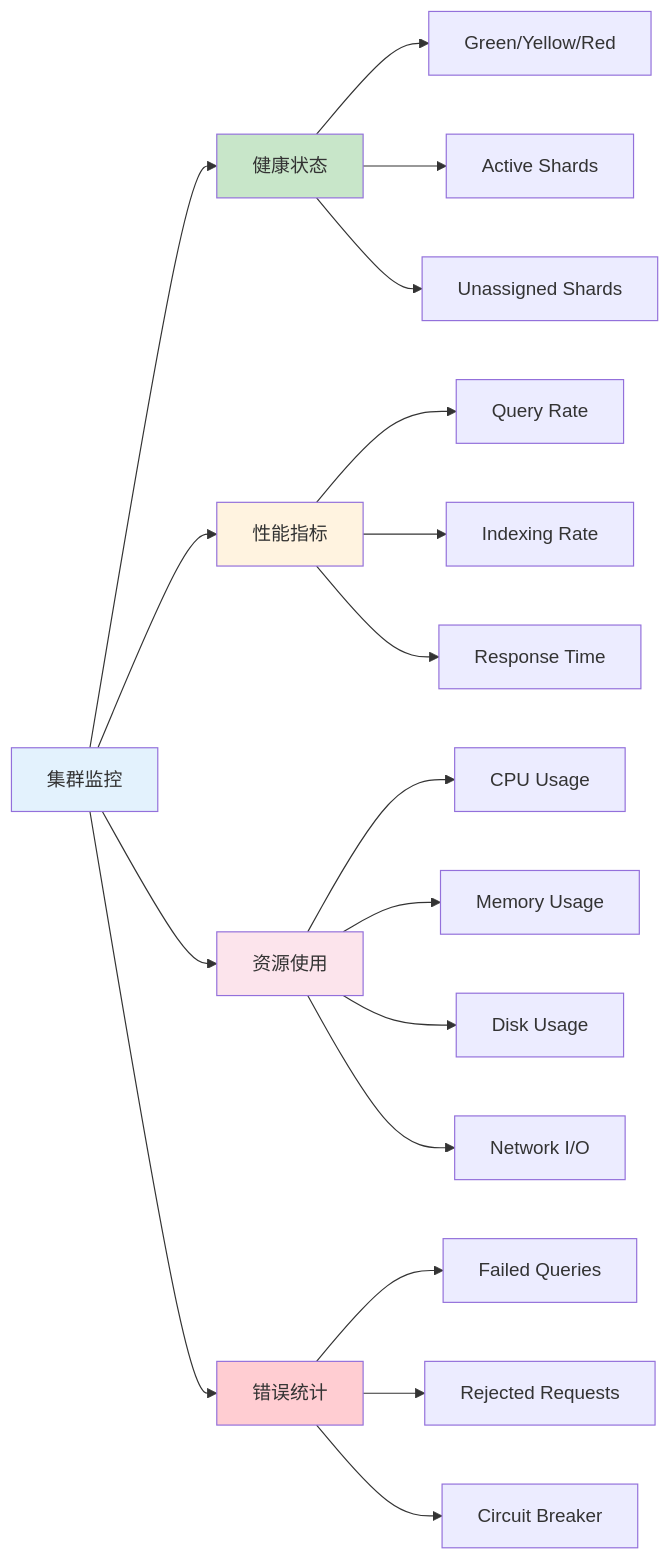
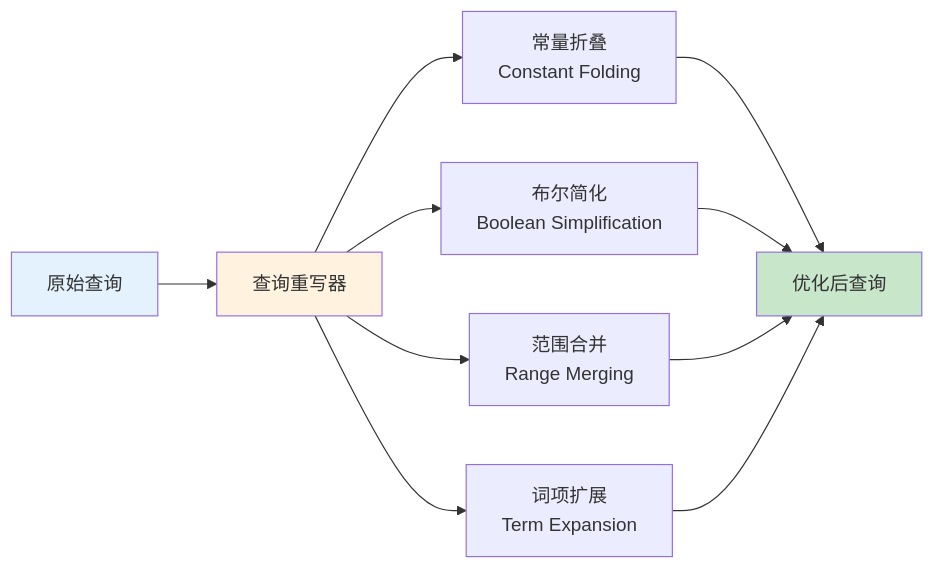
Before and after one commit to ralph-wren/TechStack-Handbook: the tenth of 30 diagrams in 32.elasticsearch.md, drawn with Mermaid. The commit also changed other lines of this file and 2 other files, not shown here.

````diff
--- a/32.elasticsearch.md
+++ b/32.elasticsearch.md
@@ -673,30 +495,18 @@
 ```mermaid
 graph LR
-    A["集群监控"] --> B["健康状态"]
-    A --> C["性能指标"]
-    A --> D["资源使用"]
-    A --> E["错误统计"]
+    A["原始查询"] --> B["查询重写器"]
     
-    B --> B1["Green/Yellow/Red"]
-    B --> B2["Active Shards"]
-    B --> B3["Unassigned Shards"]
+    B --> C["常量折叠<br/>Constant Folding"]
+    B --> D["布尔简化<br/>Boolean Simplification"]
+    B --> E["范围合并<br/>Range Merging"]
+    B --> F["词项扩展<br/>Term Expansion"]
     
-    C --> C1["Query Rate"]
-    C --> C2["Indexing Rate"]
-    C --> C3["Response Time"]
-    
-    D --> D1["CPU Usage"]
-    D --> D2["Memory Usage"]
-    D --> D3["Disk Usage"]
-    D --> D4["Network I/O"]
-    
-    E --> E1["Failed Queries"]
-    E --> E2["Rejected Requests"]
-    E --> E3["Circuit Breaker"]
+    C --> G["优化后查询"]
+    D --> G
+    E --> G
+    F --> G
     
     style A fill:#e3f2fd
-    style B fill:#c8e6c9
-    style C fill:#fff3e0
-    style D fill:#fce4ec
-    style E fill:#ffcdd2
+    style B fill:#fff3e0
+    style G fill:#c8e6c9
 ```
````
